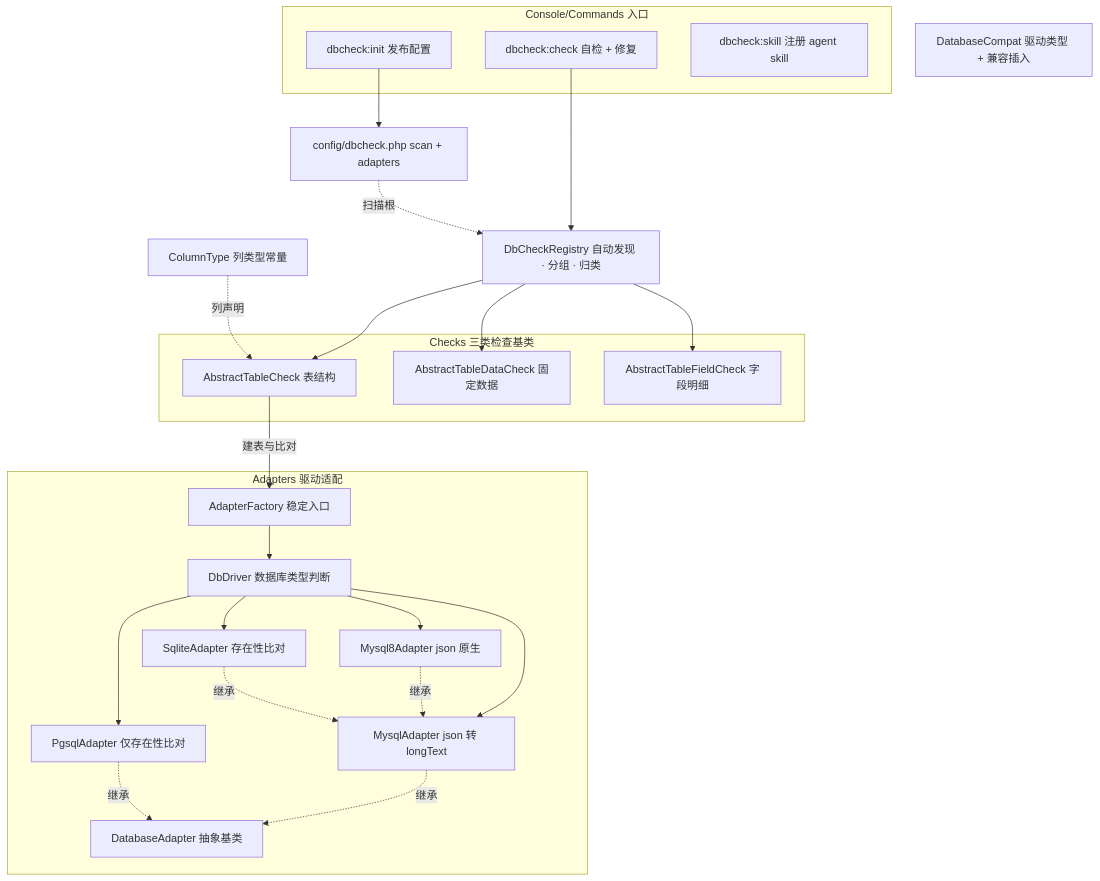
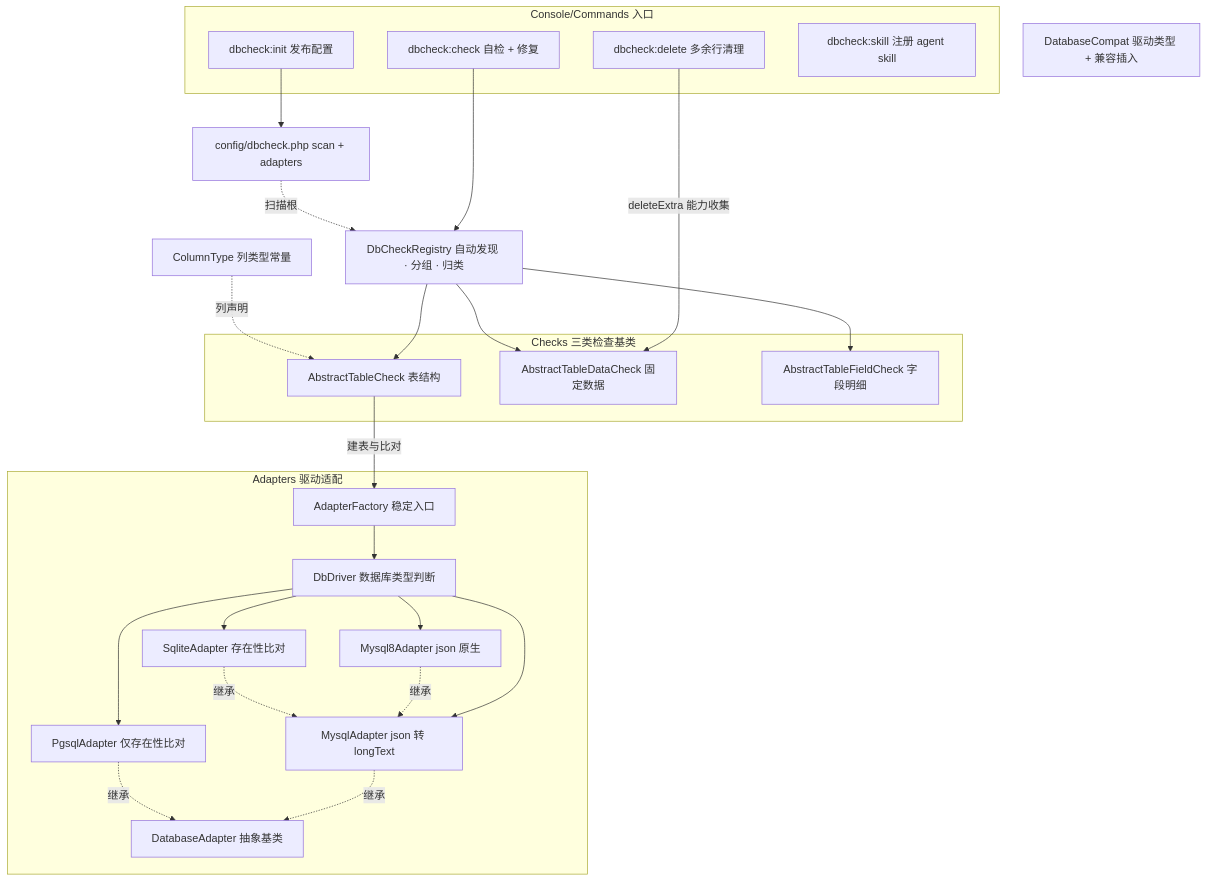
One commit to dongasai/dbcheck changed the diagram in AGENTS.md. Above: the diagram before and after it, drawn with Mermaid. The commit also changed other lines of this file and 7 other files, not shown here.

First line of the commit message:
feat(dbcheck): 新增 dbcheck:delete 命令——删除验证专用入口

````diff
--- a/AGENTS.md
+++ b/AGENTS.md
@@ -11,46 +11,48 @@
 ```mermaid
 flowchart TD
     subgraph Commands["Console/Commands 入口"]
         CHECK["dbcheck:check 自检 + 修复"]
+        DELETE["dbcheck:delete 多余行清理"]
         INIT["dbcheck:init 发布配置"]
         SKILL["dbcheck:skill 注册 agent skill"]
     end
 
     REG["DbCheckRegistry 自动发现 · 分组 · 归类"]
 
     subgraph ChecksThree["Checks 三类检查基类"]
         TABLE["AbstractTableCheck 表结构"]
         DATA["AbstractTableDataCheck 固定数据"]
         FIELD["AbstractTableFieldCheck 字段明细"]
     end
 
     subgraph Adapters["Adapters 驱动适配"]
         FACTORY["AdapterFactory 稳定入口"]
         DBDRIVER["DbDriver 数据库类型判断"]
         M8["Mysql8Adapter json 原生"]
         MY["MysqlAdapter json 转 longText"]
         PG["PgsqlAdapter 仅存在性比对"]
         SQ["SqliteAdapter 存在性比对"]
         BASE["DatabaseAdapter 抽象基类"]
     end
 
     CFG["config/dbcheck.php scan + adapters"]
     CT["ColumnType 列类型常量"]
     COMPAT["DatabaseCompat 驱动类型 + 兼容插入"]
 
     CHECK --> REG
+    DELETE -- deleteExtra 能力收集 --> DATA
     REG --> TABLE & DATA & FIELD
     TABLE -- 建表与比对 --> FACTORY
     FACTORY --> DBDRIVER
     DBDRIVER --> M8
     DBDRIVER --> MY
     DBDRIVER --> PG
     DBDRIVER --> SQ
     M8 -. 继承 .-> MY
     MY -. 继承 .-> BASE
     PG -. 继承 .-> BASE
     SQ -. 继承 .-> MY
     INIT --> CFG
     CFG -. 扫描根 .-> REG
     CT -. 列声明 .-> TABLE
 ```
````
